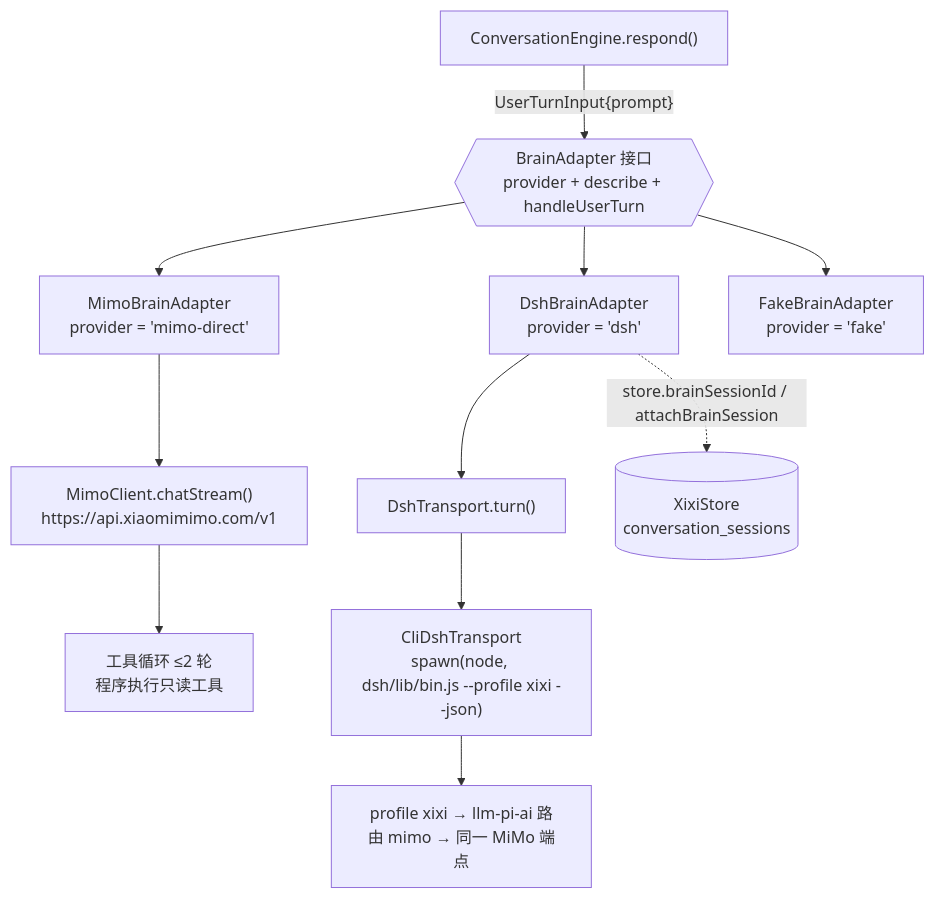
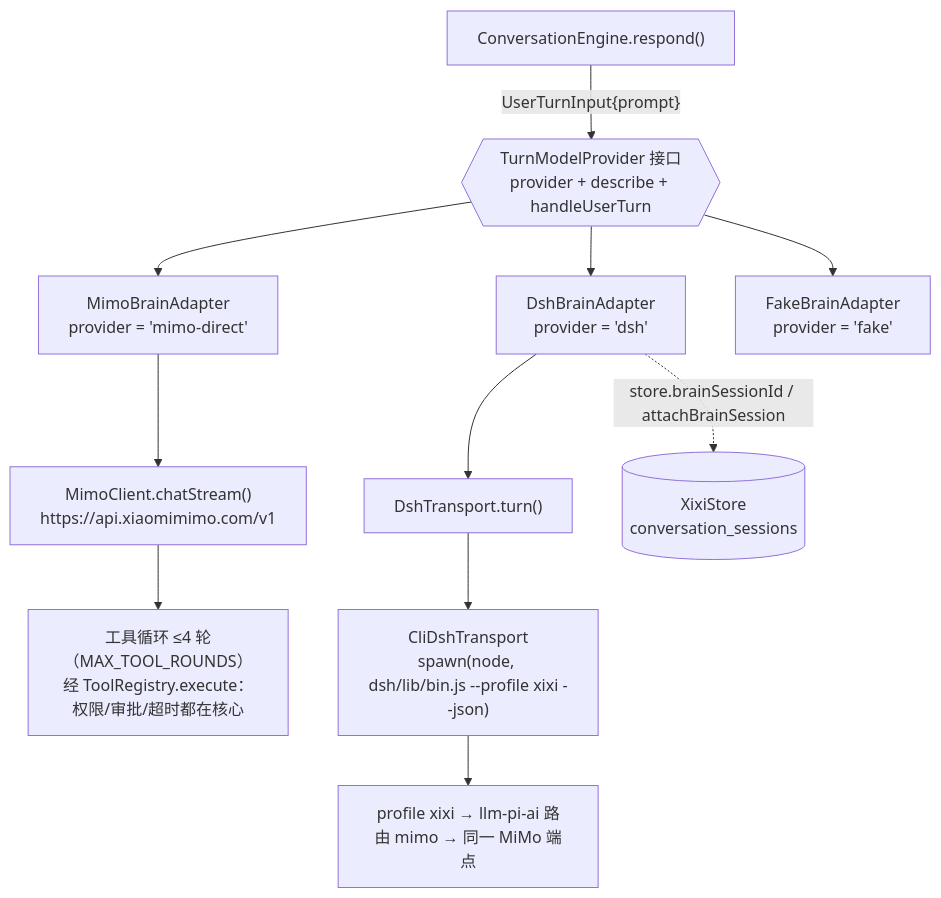
One commit to lienzzzz/xixi_ai changed the first of 4 diagrams in docs/architecture.md. Above: the diagram before and after it, drawn with Mermaid. The commit also changed other lines of this file and 17 other files, not shown here.

````diff
--- a/docs/architecture.md
+++ b/docs/architecture.md
@@ -40,13 +49,13 @@
 ```mermaid
 flowchart TD
-  E["ConversationEngine.respond()"] -->|"UserTurnInput{prompt}"| I{{"BrainAdapter 接口<br/>provider + describe + handleUserTurn"}}
+  E["ConversationEngine.respond()"] -->|"UserTurnInput{prompt}"| I{{"TurnModelProvider 接口<br/>provider + describe + handleUserTurn"}}
   I --> A["MimoBrainAdapter<br/>provider = 'mimo-direct'"]
   I --> B["DshBrainAdapter<br/>provider = 'dsh'"]
   I --> F["FakeBrainAdapter<br/>provider = 'fake'"]
   A --> A1["MimoClient.chatStream()<br/>https://api.xiaomimimo.com/v1"]
-  A1 --> A2["工具循环 ≤2 轮<br/>程序执行只读工具"]
+  A1 --> A2["工具循环 ≤4 轮（MAX_TOOL_ROUNDS）<br/>经 ToolRegistry.execute：权限/审批/超时都在核心"]
   B --> B1["DshTransport.turn()"]
   B1 --> B2["CliDshTransport<br/>spawn(node, dsh/lib/bin.js --profile xixi --json)"]
   B2 --> B3["profile xixi → llm-pi-ai 路由 mimo → 同一 MiMo 端点"]
   B -.->|"store.brainSessionId / attachBrainSession"| S[("XixiStore<br/>conversation_sessions")]
 ```
````
